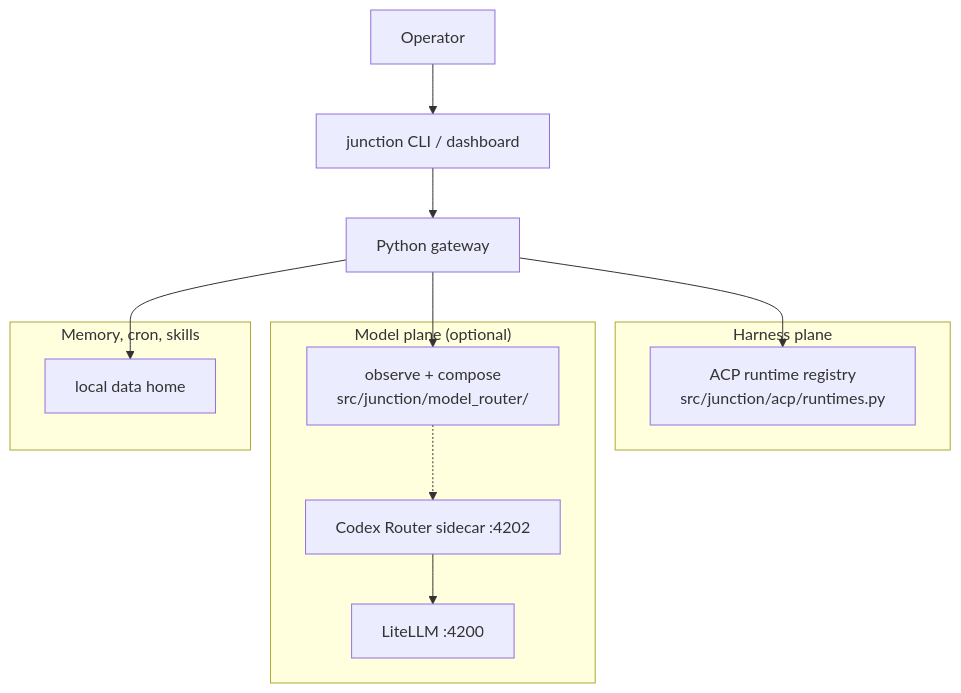
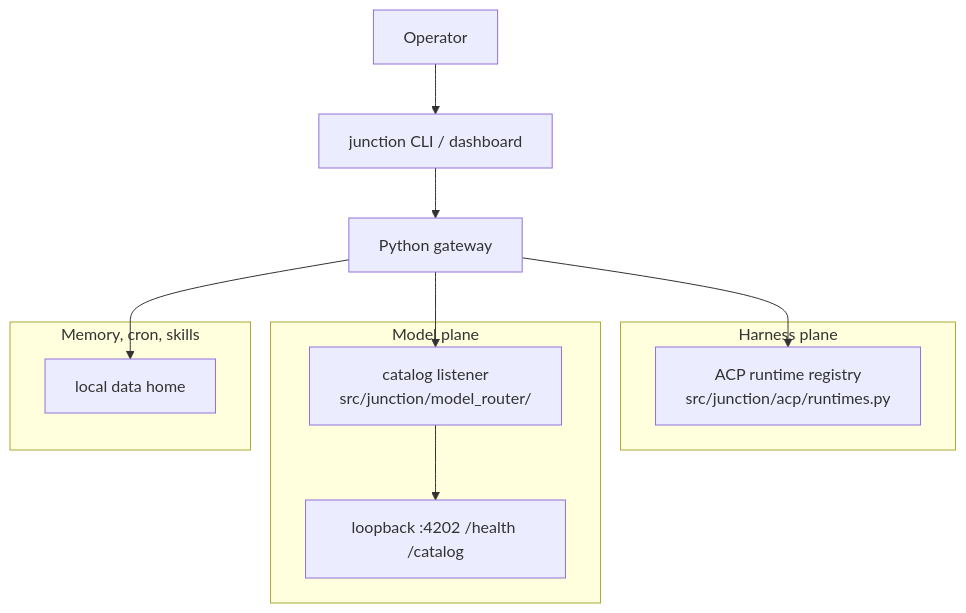
The diagram in ARCHITECTURE.md (laqaer/acpcrew), drawn with Mermaid before and after one commit. The commit also changed other lines of this file and 115 other files, not shown here.

First line of the commit message:
feat: start the model catalog with junction up

````diff
--- a/ARCHITECTURE.md
+++ b/ARCHITECTURE.md
@@ -19,22 +20,21 @@
 ```mermaid
 flowchart TB
   Op[Operator]
   Ui["junction CLI / dashboard"]
   Gw[Python gateway]
   subgraph Harness["Harness plane"]
     Reg["ACP runtime registry<br/>src/junction/acp/runtimes.py"]
   end
-  subgraph Model["Model plane (optional)"]
-    MR["observe + compose<br/>src/junction/model_router/"]
-    CR["Codex Router sidecar :4202"]
-    LL["LiteLLM :4200"]
+  subgraph Model["Model plane"]
+    MR["catalog listener<br/>src/junction/model_router/"]
+    CR["loopback :4202 /health /catalog"]
   end
   subgraph Home["Memory, cron, skills"]
     Mem[local data home]
   end
   Op --> Ui --> Gw
   Gw --> Reg
   Gw --> MR
   Gw --> Mem
-  MR -.-> CR --> LL
+  MR --> CR
 ```
````
